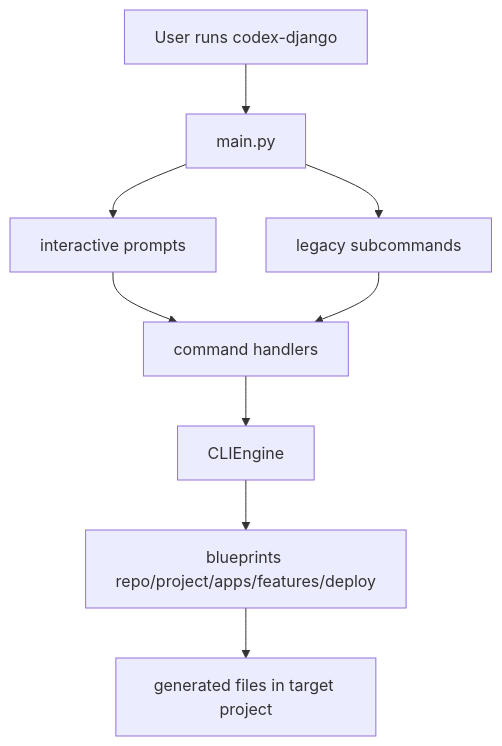
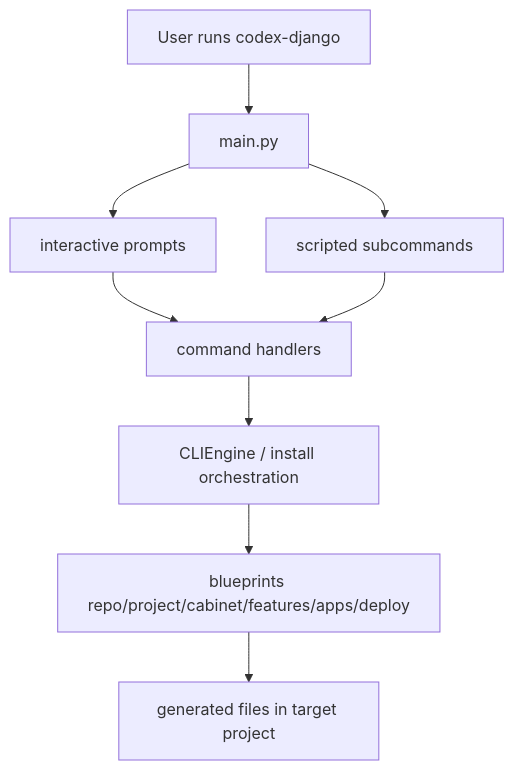
One commit to CodexDLC/codex-django-cli changed the diagram in docs/en/architecture/cli/module.md. Above: the diagram before and after it, drawn with Mermaid. The commit also changed other lines of this file and 18 other files, not shown here.

````diff
--- a/docs/en/architecture/cli/module.md
+++ b/docs/en/architecture/cli/module.md
@@ -100,11 +99,11 @@
 ```mermaid
 flowchart TD
     A["User runs codex-django"] --> B["main.py"]
     B --> C["interactive prompts"]
-    B --> D["legacy subcommands"]
+    B --> D["scripted subcommands"]
     C --> E["command handlers"]
     D --> E
-    E --> F["CLIEngine"]
-    F --> G["blueprints repo/project/apps/features/deploy"]
+    E --> F["CLIEngine / install orchestration"]
+    F --> G["blueprints repo/project/cabinet/features/apps/deploy"]
     G --> H["generated files in target project"]
 ```
````
